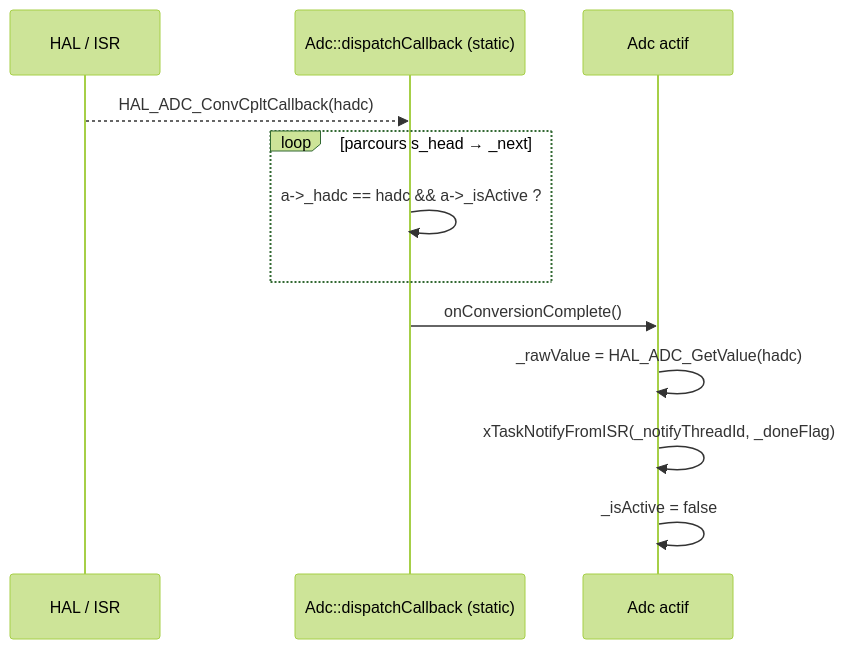
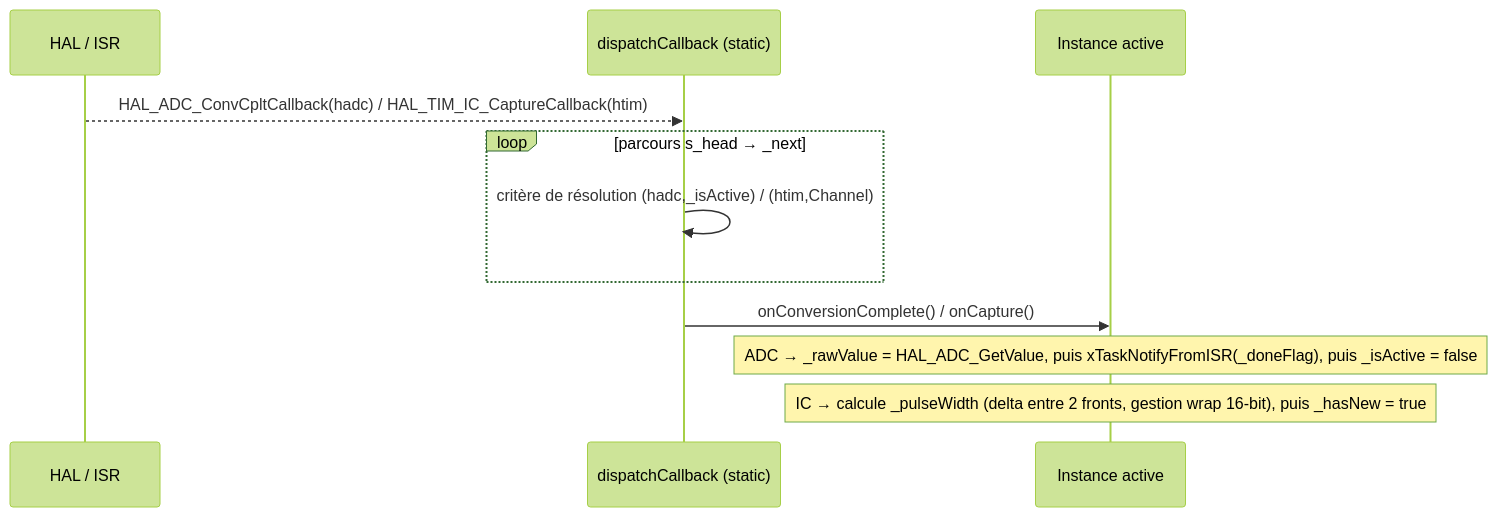
One commit to Soupalognon/Wall-A-Software changed the second of 3 diagrams in architecture_sensors2.md. Above: the diagram before and after it, drawn with Mermaid (forest theme). The commit also changed other lines of this file and 29 other files, not shown here.

````diff
--- a/architecture_sensors2.md
+++ b/architecture_sensors2.md
@@ -104,15 +158,14 @@
 ```mermaid
 sequenceDiagram
     participant H as HAL / ISR
-    participant Reg as Adc::dispatchCallback (static)
-    participant A as Adc actif
+    participant Reg as dispatchCallback (static)
+    participant A as Instance active
 
-    H-->>Reg: HAL_ADC_ConvCpltCallback(hadc)
+    H-->>Reg: HAL_ADC_ConvCpltCallback(hadc) / HAL_TIM_IC_CaptureCallback(htim)
     loop parcours s_head → _next
-        Reg->>Reg: a->_hadc == hadc && a->_isActive ?
+        Reg->>Reg: critère de résolution (hadc,_isActive) / (htim,Channel)
     end
-    Reg->>A: onConversionComplete()
-    A->>A: _rawValue = HAL_ADC_GetValue(hadc)
-    A->>A: xTaskNotifyFromISR(_notifyThreadId, _doneFlag)
-    A->>A: _isActive = false
+    Reg->>A: onConversionComplete() / onCapture()
+    Note over A: ADC → _rawValue = HAL_ADC_GetValue, puis xTaskNotifyFromISR(_doneFlag), puis _isActive = false
+    Note over A: IC → calcule _pulseWidth (delta entre 2 fronts, gestion wrap 16-bit), puis _hasNew = true
 ```
````
